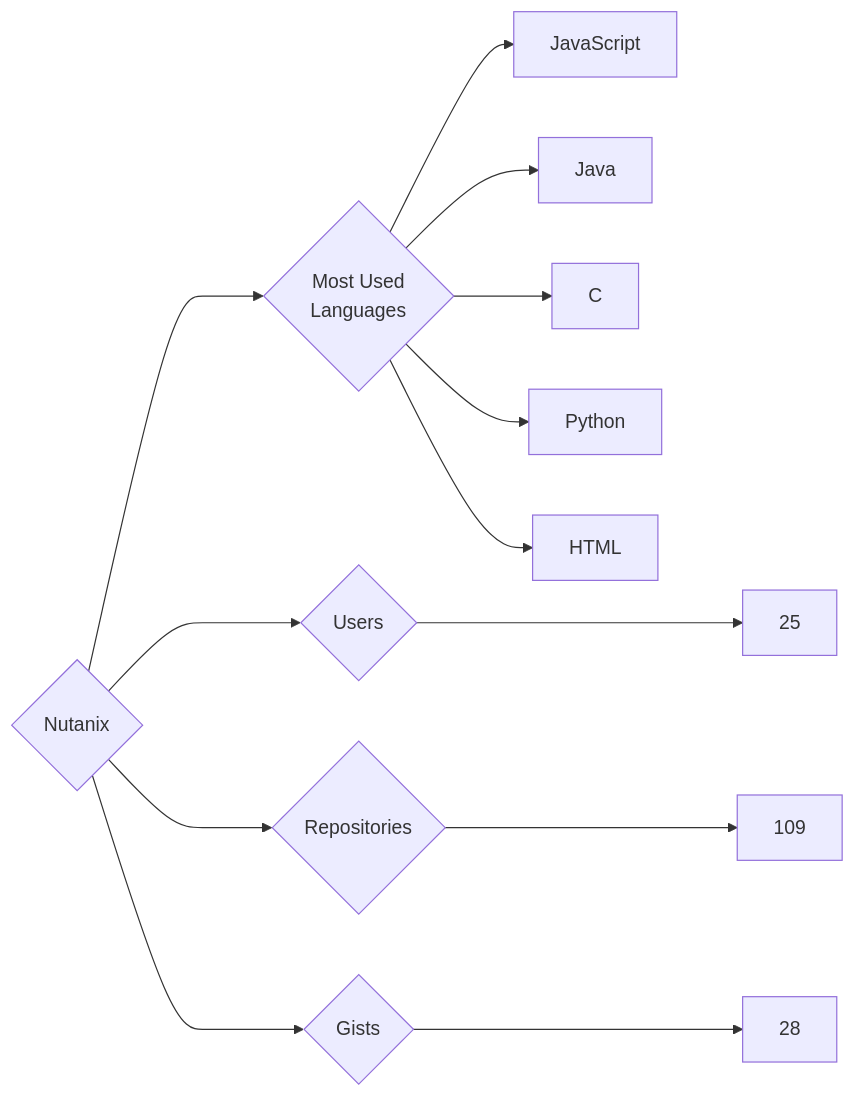
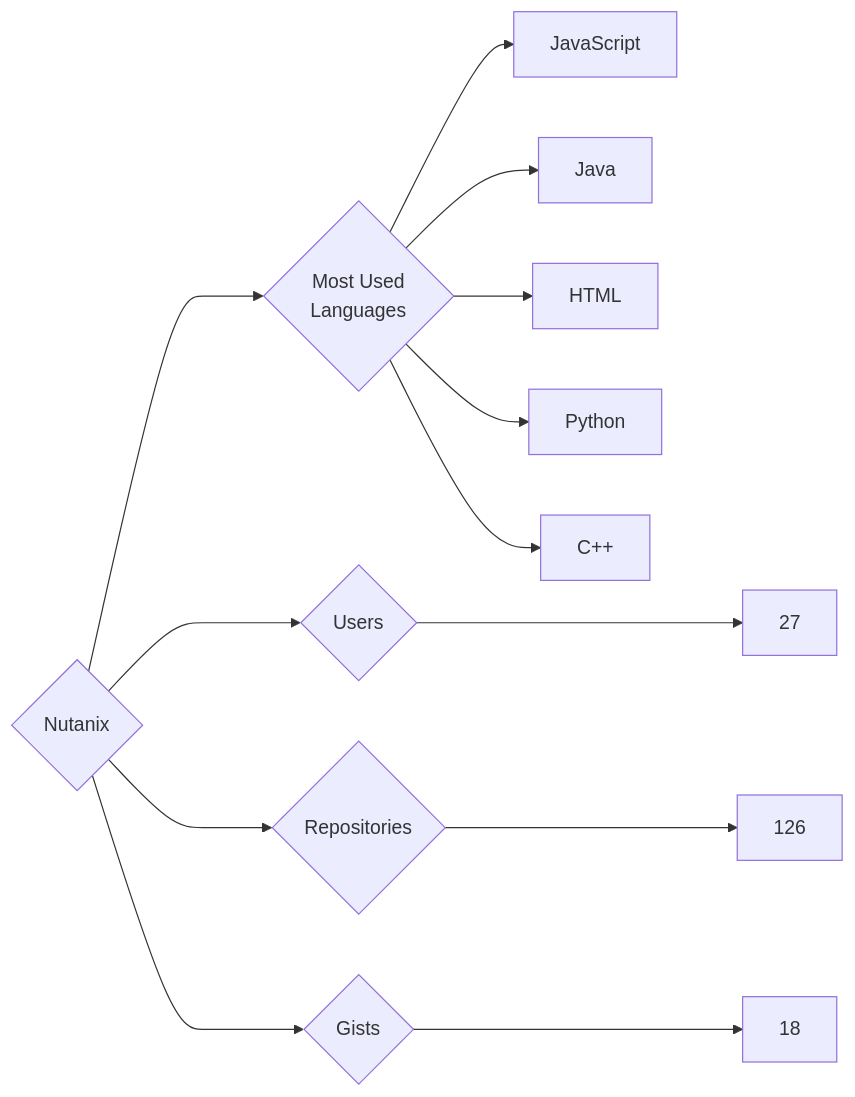
The diagram in targets/Nutanix/README.md (trickest/insiders), drawn with Mermaid before and after one commit. The commit also changed 940 other files, not shown here.

````diff
--- a/targets/Nutanix/README.md
+++ b/targets/Nutanix/README.md
@@ -3,13 +3,13 @@
 ```mermaid
 graph LR
 COMPANY_NAME{Nutanix}
-COMPANY_NAME ---> U{Users} ---> UN[25]
-COMPANY_NAME ---> R{Repositories} ---> RN[109]
-COMPANY_NAME ---> G{Gists} ---> GN[28]
+COMPANY_NAME ---> U{Users} ---> UN[27]
+COMPANY_NAME ---> R{Repositories} ---> RN[126]
+COMPANY_NAME ---> G{Gists} ---> GN[18]
 COMPANY_NAME ---> ML{Most Used<br>Languages}
 ML --> JavaScript[JavaScript]
 ML --> Java[Java]
-ML --> C[C]
+ML --> HTML[HTML]
 ML --> Python[Python]
-ML --> HTML[HTML]
+ML --> C++[C++]
 ```
````
